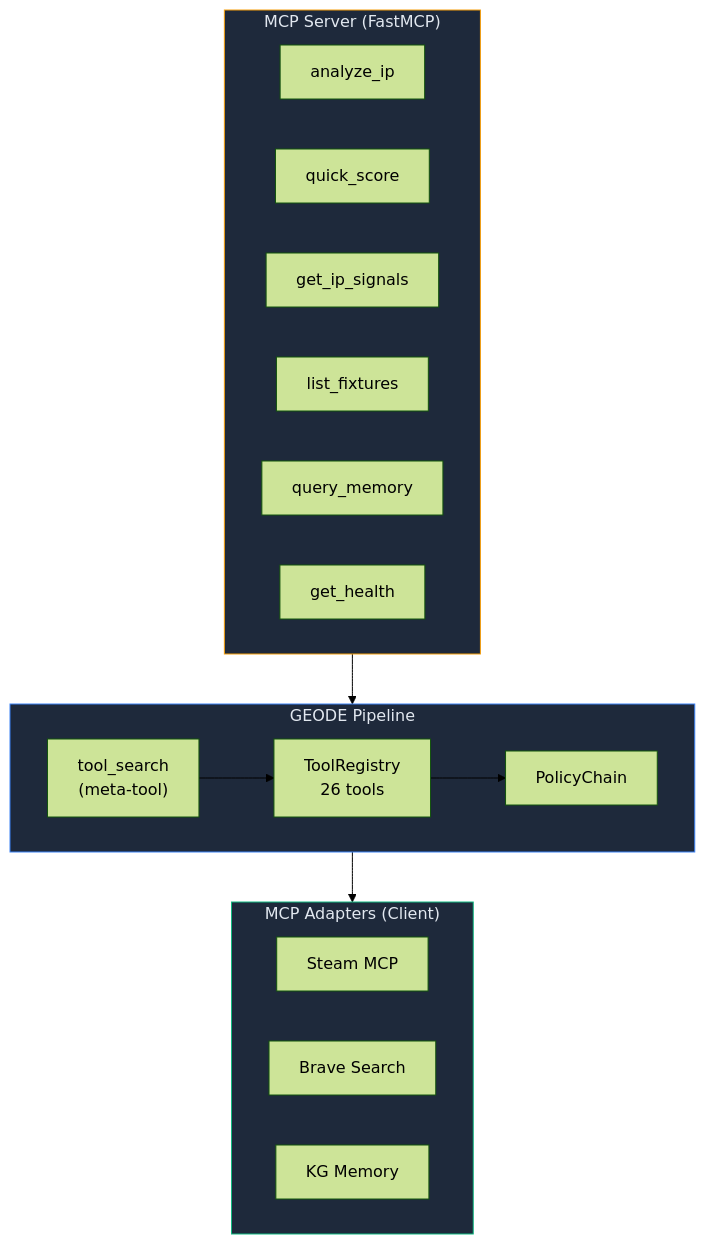
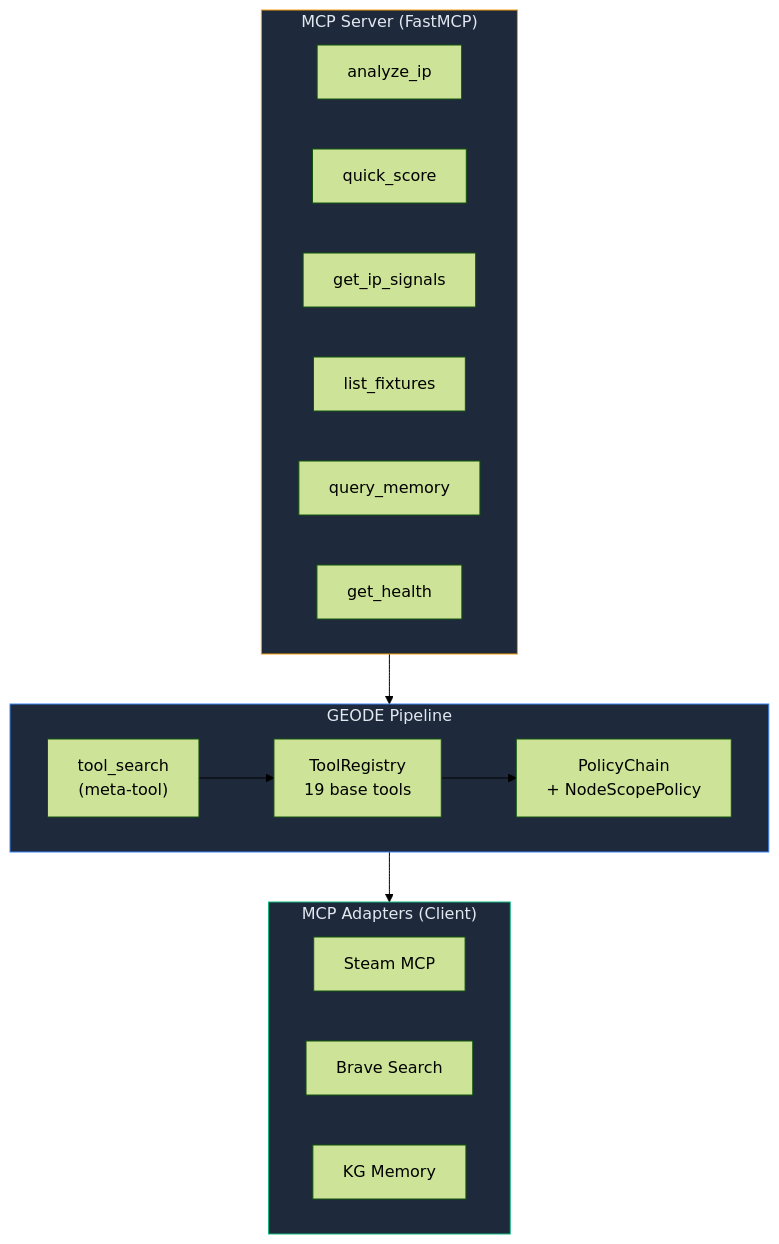
One commit to mangowhoiscloud/geode changed the sixth of 7 diagrams in README.md. Above: the diagram before and after it, drawn with Mermaid (forest theme). The commit also changed other lines of this file and 1 other file, not shown here.

First line of the commit message:
docs: comprehensive README v0.7.0 update with mermaid diagrams

````diff
--- a/README.md
+++ b/README.md
@@ -149,32 +208,32 @@
 ```mermaid
 graph TB
     subgraph GEODE["GEODE Pipeline"]
-        Registry["ToolRegistry<br/>26 tools"]
-        Policy["PolicyChain"]
+        Registry["ToolRegistry<br/>19 base tools"]
+        Policy["PolicyChain<br/>+ NodeScopePolicy"]
         TS["tool_search<br/>(meta-tool)"]
     end
 
     subgraph MCPAdapters["MCP Adapters (Client)"]
         Steam["Steam MCP"]
         Brave["Brave Search"]
         KGMem["KG Memory"]
     end
 
     subgraph MCPServer["MCP Server (FastMCP)"]
         T1["analyze_ip"]
         T2["quick_score"]
         T3["get_ip_signals"]
         T4["list_fixtures"]
         T5["query_memory"]
         T6["get_health"]
     end
 
     Registry --> Policy
     TS --> Registry
     GEODE --> MCPAdapters
     MCPServer --> GEODE
 
     style GEODE fill:#1e293b,stroke:#3b82f6,color:#e2e8f0
     style MCPAdapters fill:#1e293b,stroke:#10b981,color:#e2e8f0
     style MCPServer fill:#1e293b,stroke:#f59e0b,color:#e2e8f0
 ```
````
